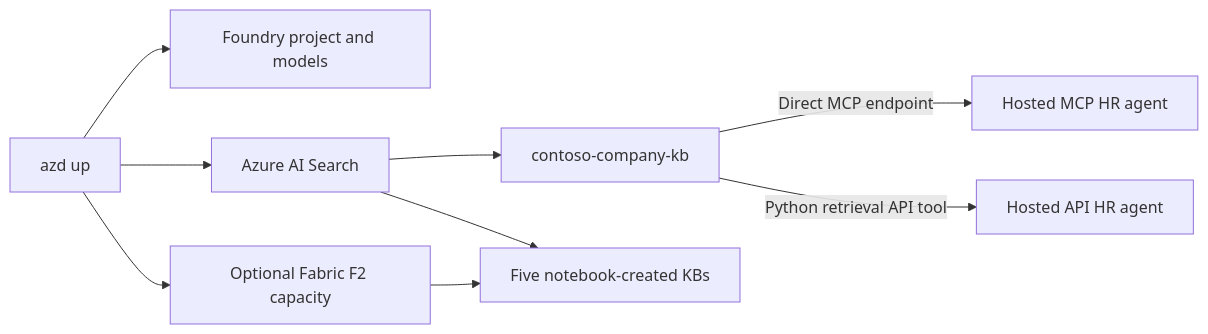
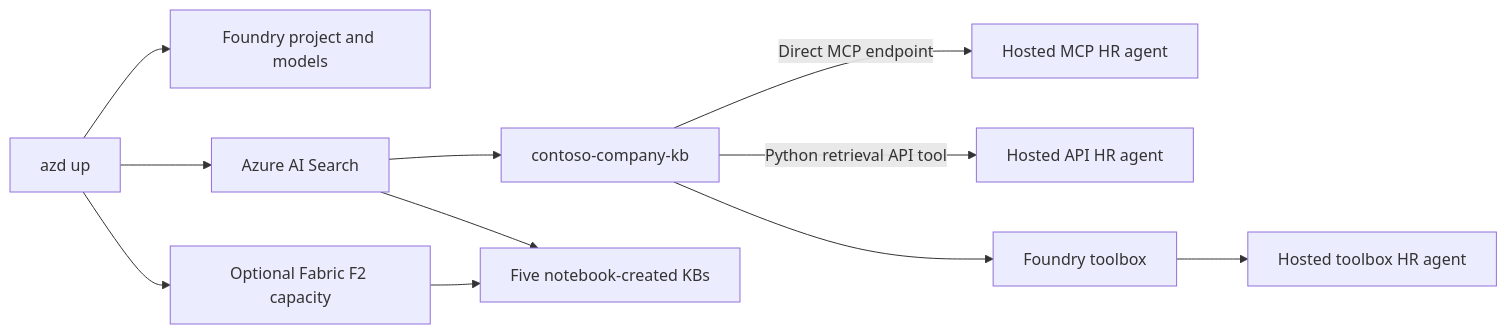
The diagram in README.md (microsoft/iqdeepdive), drawn with Mermaid before and after one commit. The commit also changed other lines of this file and 20 other files, not shown here.

````diff
--- a/README.md
+++ b/README.md
@@ -11,11 +11,13 @@
 ```mermaid
 flowchart LR
   azd[azd up] --> foundry[Foundry project and models]
   azd --> search[Azure AI Search]
   azd --> fabric[Optional Fabric F2 capacity]
   search --> agentkb[contoso-company-kb]
   agentkb -->|Direct MCP endpoint| mcpagent[Hosted MCP HR agent]
   agentkb -->|Python retrieval API tool| apiagent[Hosted API HR agent]
+  agentkb --> toolbox[Foundry toolbox]
+  toolbox --> toolboxagent[Hosted toolbox HR agent]
   search --> notebooks[Five notebook-created KBs]
   fabric --> notebooks
 ```
````
